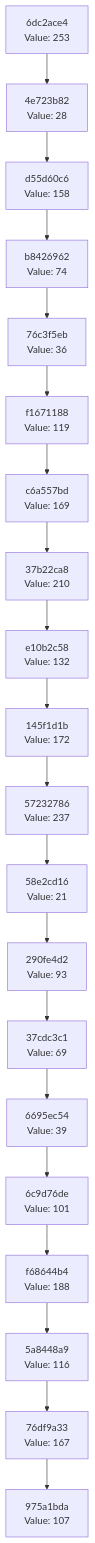
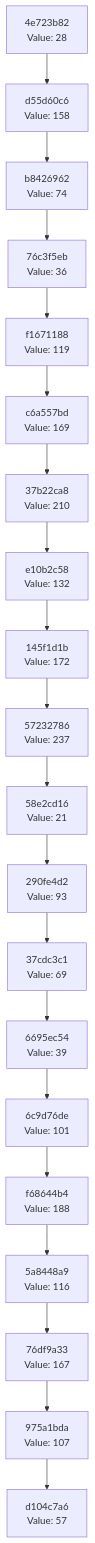
One commit to Abhisheksinha1506/hash-chain-evolver changed the diagram in docs/CHAIN_VISUALIZATION.md. Above: the diagram before and after it, drawn with Mermaid. The commit also changed 2 other files, not shown here.

Commit message:
Evolution step: hash 0x39 → action executed

````diff
--- a/docs/CHAIN_VISUALIZATION.md
+++ b/docs/CHAIN_VISUALIZATION.md
@@ -3,42 +3,42 @@
 ```mermaid
 graph TD
-    C0["975a1bda<br/>Value: 107"]
-    C1["76df9a33<br/>Value: 167"]
+    C0["d104c7a6<br/>Value: 57"]
+    C1["975a1bda<br/>Value: 107"]
     C1 --> C0
-    C2["5a8448a9<br/>Value: 116"]
+    C2["76df9a33<br/>Value: 167"]
     C2 --> C1
-    C3["f68644b4<br/>Value: 188"]
+    C3["5a8448a9<br/>Value: 116"]
     C3 --> C2
-    C4["6c9d76de<br/>Value: 101"]
+    C4["f68644b4<br/>Value: 188"]
     C4 --> C3
-    C5["6695ec54<br/>Value: 39"]
+    C5["6c9d76de<br/>Value: 101"]
     C5 --> C4
-    C6["37cdc3c1<br/>Value: 69"]
+    C6["6695ec54<br/>Value: 39"]
     C6 --> C5
-    C7["290fe4d2<br/>Value: 93"]
+    C7["37cdc3c1<br/>Value: 69"]
     C7 --> C6
-    C8["58e2cd16<br/>Value: 21"]
+    C8["290fe4d2<br/>Value: 93"]
     C8 --> C7
-    C9["57232786<br/>Value: 237"]
+    C9["58e2cd16<br/>Value: 21"]
     C9 --> C8
-    C10["145f1d1b<br/>Value: 172"]
+    C10["57232786<br/>Value: 237"]
     C10 --> C9
-    C11["e10b2c58<br/>Value: 132"]
+    C11["145f1d1b<br/>Value: 172"]
     C11 --> C10
-    C12["37b22ca8<br/>Value: 210"]
+    C12["e10b2c58<br/>Value: 132"]
     C12 --> C11
-    C13["c6a557bd<br/>Value: 169"]
+    C13["37b22ca8<br/>Value: 210"]
     C13 --> C12
-    C14["f1671188<br/>Value: 119"]
+    C14["c6a557bd<br/>Value: 169"]
     C14 --> C13
-    C15["76c3f5eb<br/>Value: 36"]
+    C15["f1671188<br/>Value: 119"]
     C15 --> C14
-    C16["b8426962<br/>Value: 74"]
+    C16["76c3f5eb<br/>Value: 36"]
     C16 --> C15
-    C17["d55d60c6<br/>Value: 158"]
+    C17["b8426962<br/>Value: 74"]
     C17 --> C16
-    C18["4e723b82<br/>Value: 28"]
+    C18["d55d60c6<br/>Value: 158"]
     C18 --> C17
-    C19["6dc2ace4<br/>Value: 253"]
+    C19["4e723b82<br/>Value: 28"]
     C19 --> C18
 ```
````
